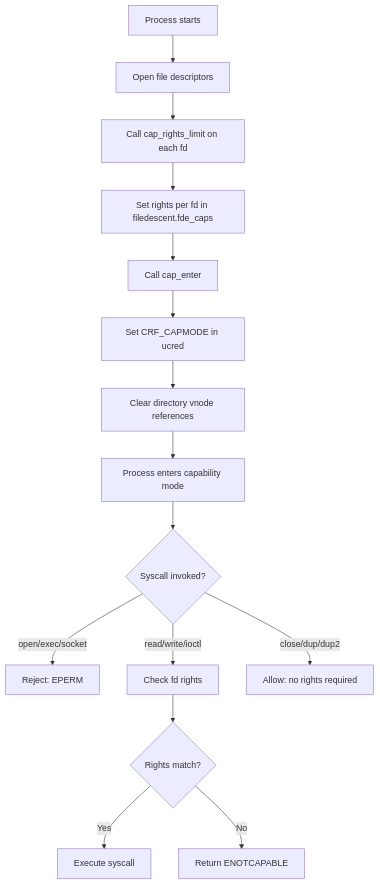
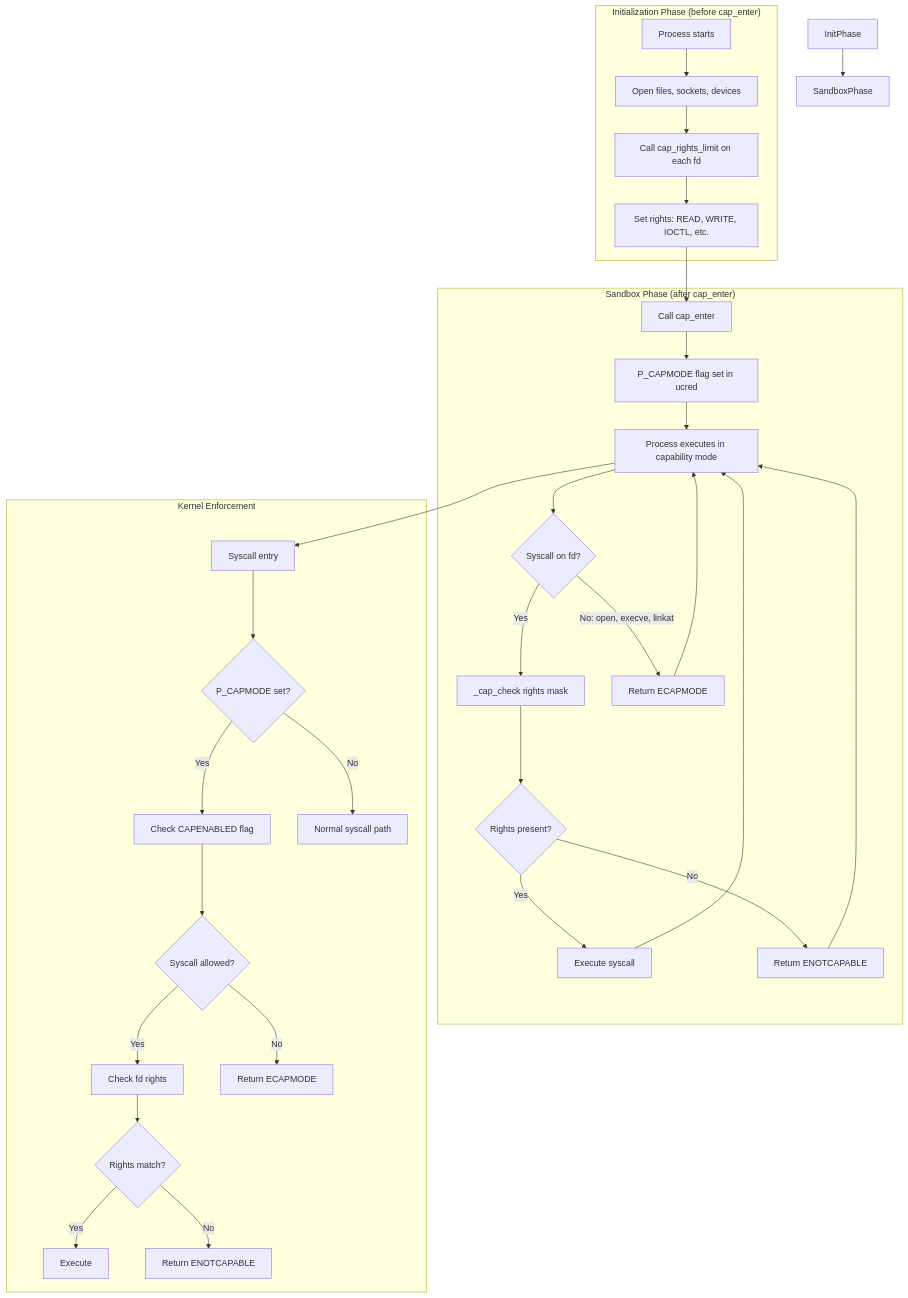
One commit to ocochard/freebsd-src changed the diagram in sys/kern/README_capsicum.md. Above: the diagram before and after it, drawn with Mermaid. The commit also changed other lines of this file and 26 other files, not shown here.

````diff
--- a/sys/kern/README_capsicum.md
+++ b/sys/kern/README_capsicum.md
@@ -183,17 +182,39 @@
 ```mermaid
 flowchart TD
-    A[Process starts] --> B[Open file descriptors]
-    B --> C[Call cap_rights_limit on each fd]
-    C --> D[Set rights per fd in filedescent.fde_caps]
-    D --> E[Call cap_enter]
-    E --> F[Set CRF_CAPMODE in ucred]
-    F --> G[Clear directory vnode references]
-    G --> H[Process enters capability mode]
-    H --> I{Syscall invoked?}
-    I -->|open/exec/socket| J[Reject: EPERM]
-    I -->|read/write/ioctl| K[Check fd rights]
-    K --> L{Rights match?}
-    L -->|Yes| M[Execute syscall]
-    L -->|No| N[Return ENOTCAPABLE]
-    I -->|close/dup/dup2| O[Allow: no rights required]
+    subgraph InitPhase_grp ["Initialization Phase (before cap_enter)"]
+        A[Process starts] --> B[Open files, sockets, devices]
+        B --> C[Call cap_rights_limit on each fd]
+        C --> D[Set rights: READ, WRITE, IOCTL, etc.]
+    end
+
+    subgraph SandboxPhase_grp ["Sandbox Phase (after cap_enter)"]
+        D --> E[Call cap_enter]
+        E --> F[P_CAPMODE flag set in ucred]
+        F --> G[Process executes in capability mode]
+        G --> H{Syscall on fd?}
+        H -->|Yes| I[_cap_check rights mask]
+        I --> J{Rights present?}
+        J -->|Yes| K[Execute syscall]
+        J -->|No| L[Return ENOTCAPABLE]
+        H -->|No: open, execve, linkat| M[Return ECAPMODE]
+        K --> G
+        L --> G
+        M --> G
+    end
+
+    InitPhase --> SandboxPhase
+
+    subgraph Enforcement ["Kernel Enforcement"]
+        N[Syscall entry] --> O{P_CAPMODE set?}
+        O -->|Yes| P[Check CAPENABLED flag]
+        P --> Q{Syscall allowed?}
+        Q -->|Yes| R[Check fd rights]
+        Q -->|No| S[Return ECAPMODE]
+        O -->|No| T[Normal syscall path]
+        R --> U{Rights match?}
+        U -->|Yes| V[Execute]
+        U -->|No| W[Return ENOTCAPABLE]
+    end
+
+    G --> N
 ```
````
